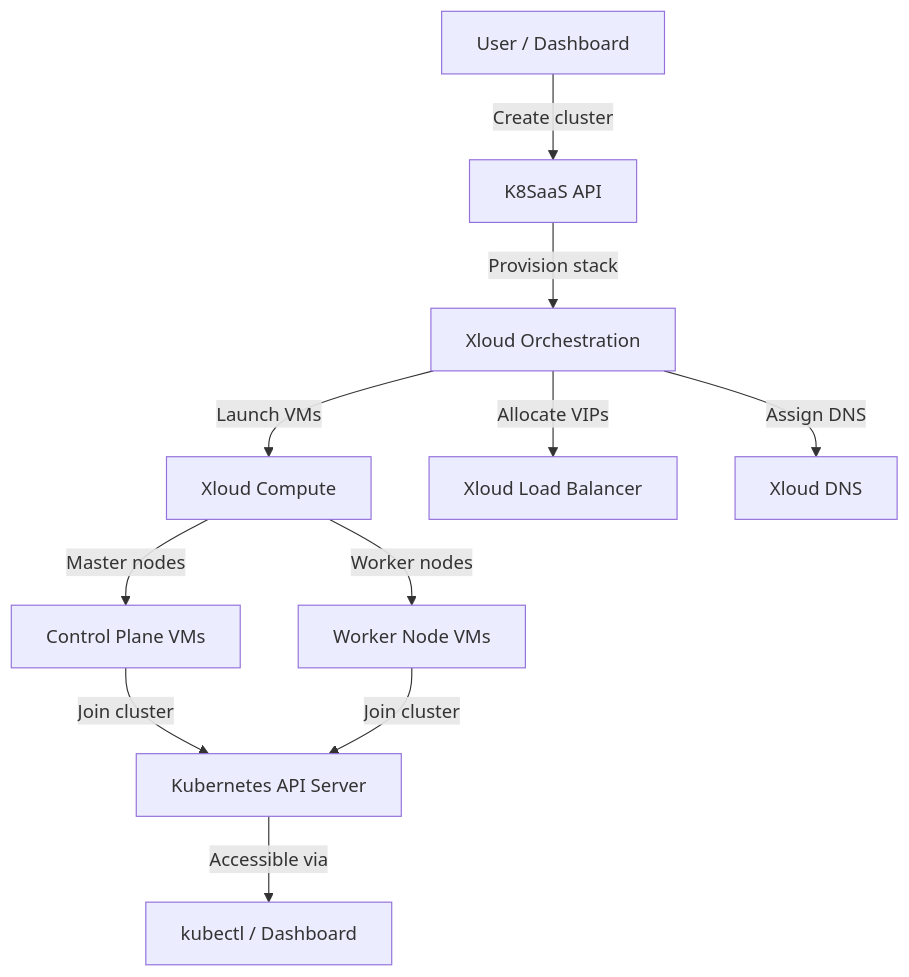
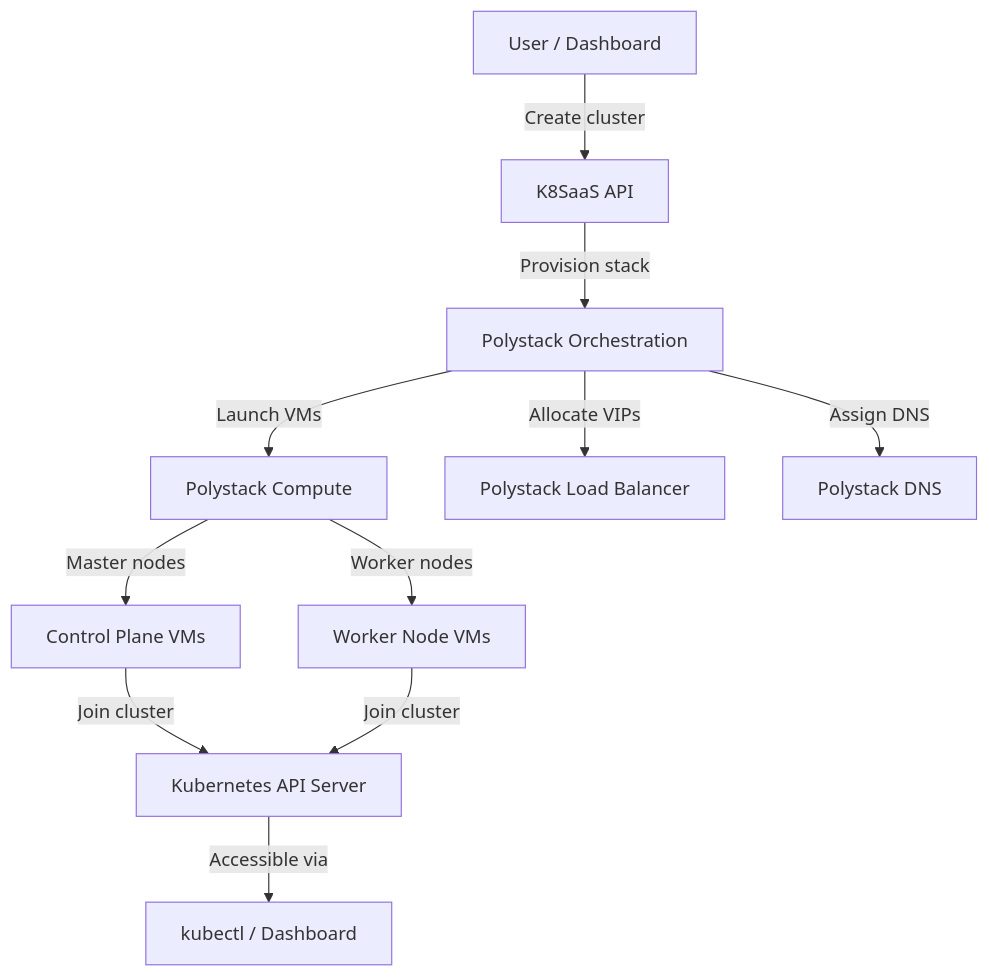
One commit to ankur-kumar87/docs-polystack changed the diagram in services/kubernetes/index.mdx. Above: the diagram before and after it, drawn with Mermaid. The commit also changed other lines of this file and 425 other files, not shown here.

````diff
--- a/services/kubernetes/index.mdx
+++ b/services/kubernetes/index.mdx
@@ -77,13 +77,13 @@
 ```mermaid
 graph TD
     U[User / Dashboard] -->|Create cluster| API[K8SaaS API]
-    API -->|Provision stack| ORCH[Xloud Orchestration]
-    ORCH -->|Launch VMs| COMPUTE[Xloud Compute]
-    ORCH -->|Allocate VIPs| LB[Xloud Load Balancer]
-    ORCH -->|Assign DNS| DNS[Xloud DNS]
+    API -->|Provision stack| ORCH[Polystack Orchestration]
+    ORCH -->|Launch VMs| COMPUTE[Polystack Compute]
+    ORCH -->|Allocate VIPs| LB[Polystack Load Balancer]
+    ORCH -->|Assign DNS| DNS[Polystack DNS]
     COMPUTE -->|Master nodes| MASTER[Control Plane VMs]
     COMPUTE -->|Worker nodes| WORKER[Worker Node VMs]
     MASTER -->|Join cluster| K8S[Kubernetes API Server]
     WORKER -->|Join cluster| K8S
     K8S -->|Accessible via| KUBECTL[kubectl / Dashboard]
 ```
````
